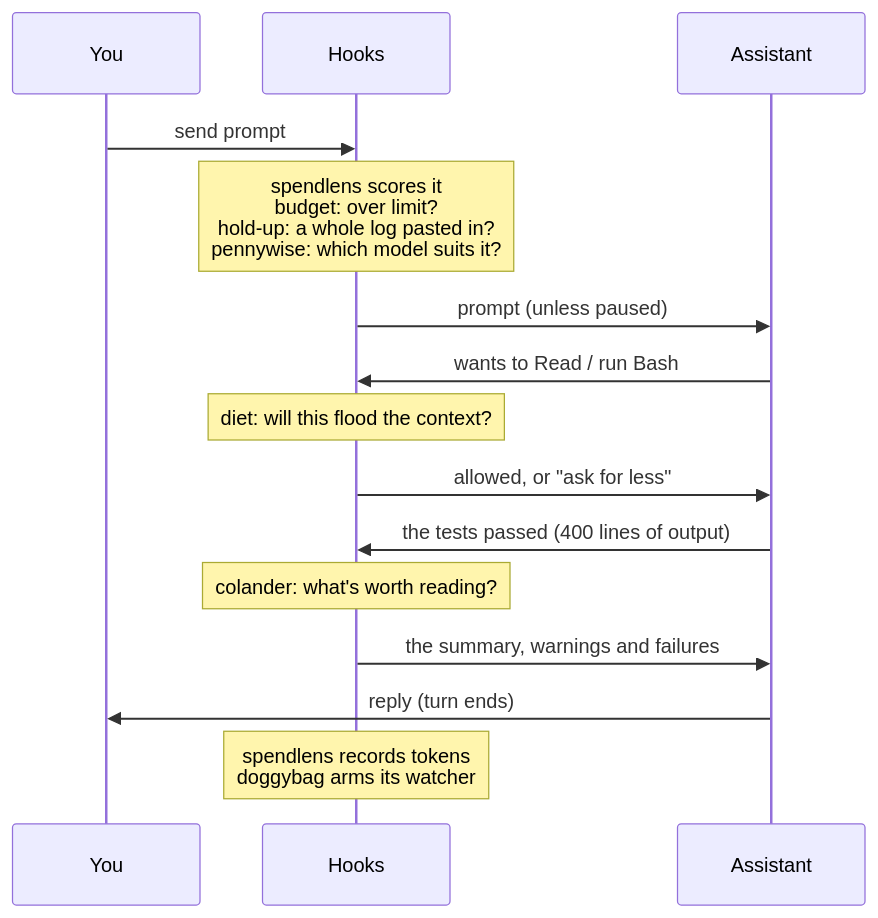
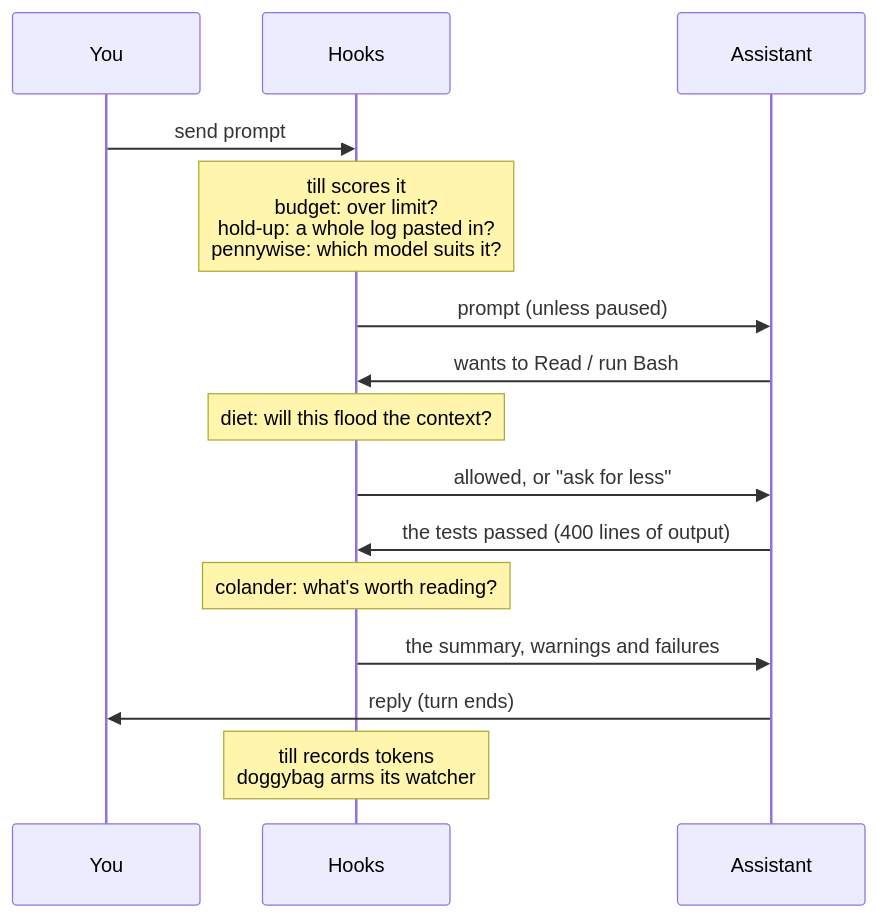
Before and after one commit to andrew44/agentarium: the second of 2 diagrams in docs/skills-tools-and-hooks.md, drawn with Mermaid. The commit also changed other lines of this file and 207 other files, not shown here.

First line of the commit message:
Rename tokenomics to agentarium, and spendlens to till

````diff
--- a/docs/skills-tools-and-hooks.md
+++ b/docs/skills-tools-and-hooks.md
@@ -299,17 +299,17 @@
 ```mermaid
 sequenceDiagram
     participant You
     participant Hooks
     participant AI as Assistant
     You->>Hooks: send prompt
-    Note over Hooks: spendlens scores it<br/>budget: over limit?<br/>hold-up: a whole log pasted in?<br/>pennywise: which model suits it?
+    Note over Hooks: till scores it<br/>budget: over limit?<br/>hold-up: a whole log pasted in?<br/>pennywise: which model suits it?
     Hooks->>AI: prompt (unless paused)
     AI->>Hooks: wants to Read / run Bash
     Note over Hooks: diet: will this flood the context?
     Hooks->>AI: allowed, or "ask for less"
     AI->>Hooks: the tests passed (400 lines of output)
     Note over Hooks: colander: what's worth reading?
     Hooks->>AI: the summary, warnings and failures
     AI->>You: reply (turn ends)
-    Note over Hooks: spendlens records tokens<br/>doggybag arms its watcher
+    Note over Hooks: till records tokens<br/>doggybag arms its watcher
 ```
````
